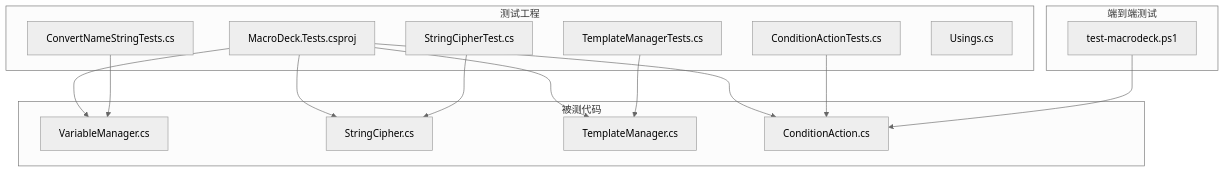
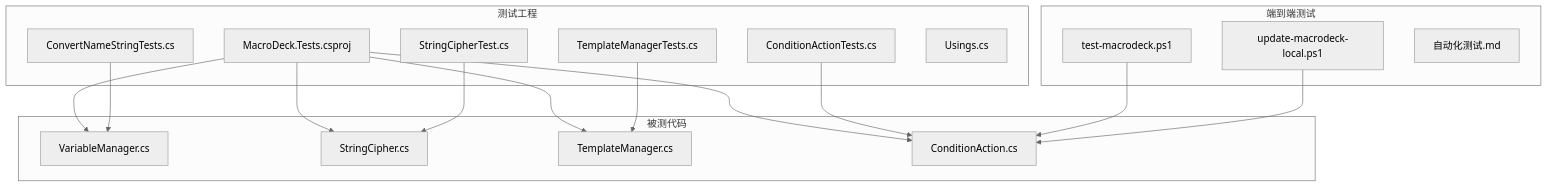
The first of 9 diagrams in .qoder/repowiki/zh/content/测试框架.md (tea4go/Macro-Deck), drawn with Mermaid (neutral theme) before and after one commit. The commit also changed other lines of this file and 146 other files, not shown here.

````diff
--- a/.qoder/repowiki/zh/content/测试框架.md
+++ b/.qoder/repowiki/zh/content/测试框架.md
@@ -54,29 +59,32 @@
 ```mermaid
 graph TB
 subgraph "测试工程"
 TProj["MacroDeck.Tests.csproj"]
 TConv["ConvertNameStringTests.cs"]
 TCiph["StringCipherTest.cs"]
 TTemp["TemplateManagerTests.cs"]
 TCond["ConditionActionTests.cs"]
 TUsing["Usings.cs"]
 end
 subgraph "被测代码"
 VM["VariableManager.cs"]
 SC["StringCipher.cs"]
 TM["TemplateManager.cs"]
 CA["ConditionAction.cs"]
 end
 subgraph "端到端测试"
 PS1["test-macrodeck.ps1"]
+PS2["update-macrodeck-local.ps1"]
+MD["自动化测试.md"]
 end
 TProj --> VM
 TProj --> SC
 TProj --> TM
 TProj --> CA
 TCond --> CA
 PS1 --> CA
+PS2 --> CA
 TConv --> VM
 TCiph --> SC
 TTemp --> TM
 ```
````
